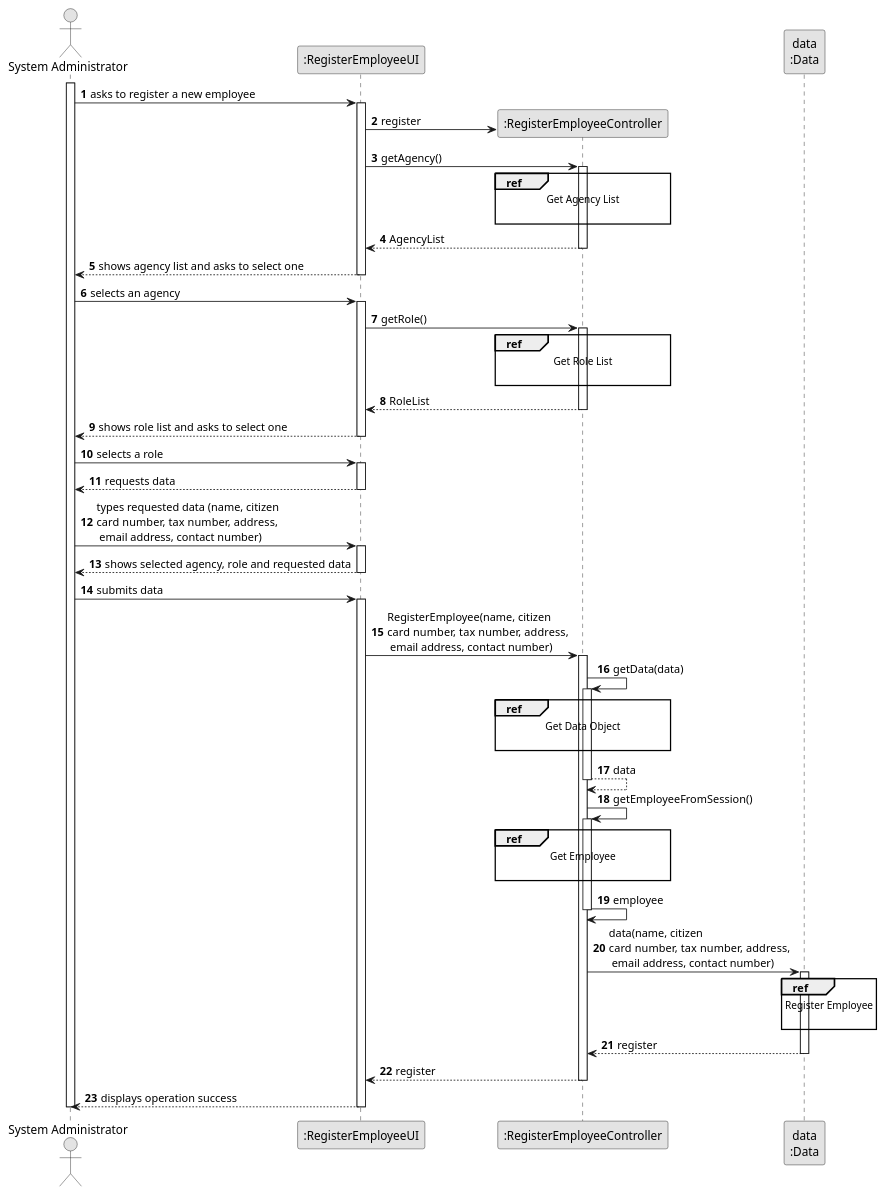
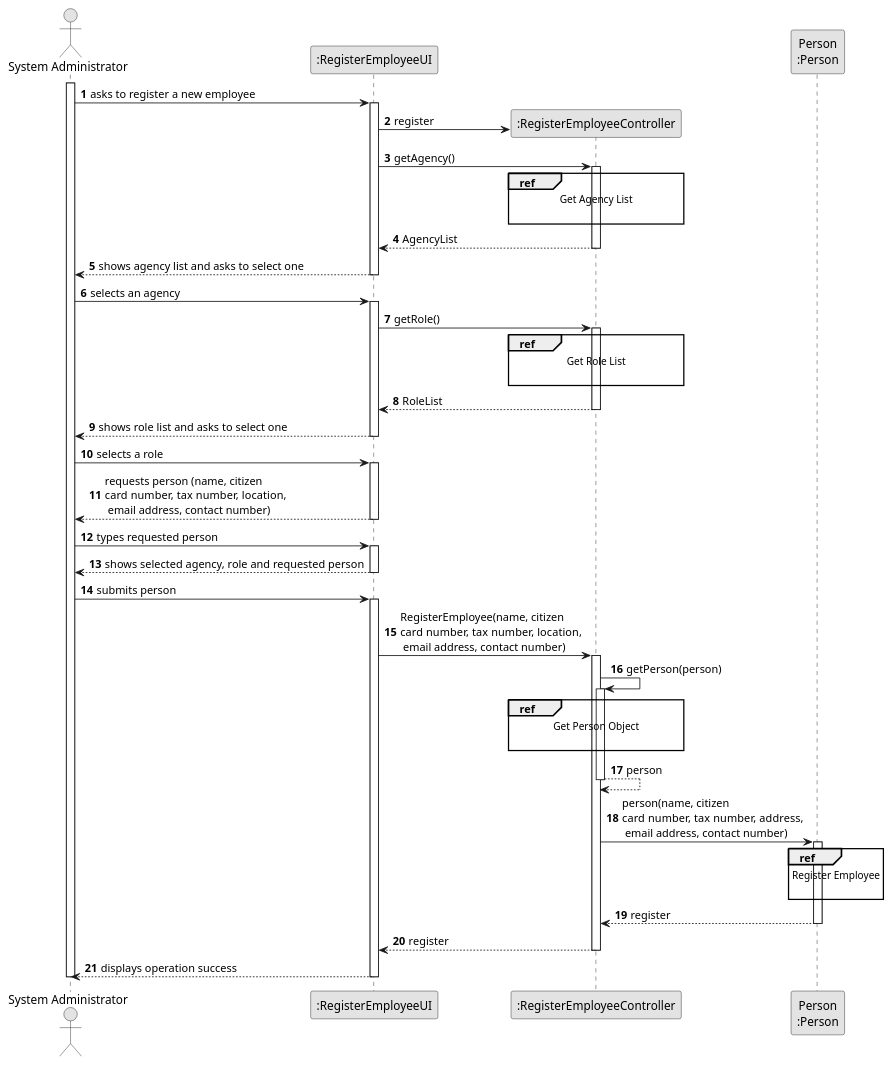
The diagram in docs/sprintB/us003/03.design/puml/us003-sequence-diagram-split.puml (rita-barbosa/LAPR2-2223), drawn with PlantUML before and after one commit. The commit also changed 1 other file, not shown here.

```diff
--- a/docs/sprintB/us003/03.design/puml/us003-sequence-diagram-split.puml
+++ b/docs/sprintB/us003/03.design/puml/us003-sequence-diagram-split.puml
@@ -1,109 +1,100 @@
 @startuml
 skinparam monochrome true
 skinparam packageStyle rectangle
 skinparam shadowing false
 
 autonumber
 
 'hide footbox
 actor "System Administrator" as ADM
 participant ":RegisterEmployeeUI" as UI
 participant ":RegisterEmployeeController" as CTRL
-participant "data\n:Data" as DATA
+participant "Person\n:Person" as PERSON
 
 activate ADM
 
     ADM -> UI : asks to register a new employee
 
     activate UI
 
         UI -> CTRL** : register
         UI -> CTRL : getAgency()
         ref over CTRL
             Get Agency List
 
         end ref
 
         activate CTRL
 
             CTRL --> UI : AgencyList
         deactivate CTRL
 
         UI --> ADM : shows agency list and asks to select one
     deactivate UI
 
     ADM -> UI : selects an agency
     activate UI
 
     UI -> CTRL : getRole()
             ref over CTRL
                 Get Role List
 
             end ref
 
             activate CTRL
 
                 CTRL --> UI : RoleList
             deactivate CTRL
 
             UI --> ADM : shows role list and asks to select one
         deactivate UI
 
         ADM -> UI : selects a role
         activate UI
 
-        UI --> ADM : requests data
+        UI --> ADM : requests person (name, citizen \ncard number, tax number, location,\n email address, contact number)
     deactivate UI
 
-    ADM -> UI : types requested data (name, citizen \ncard number, tax number, address,\n email address, contact number)
+    ADM -> UI : types requested person
         activate UI
 
-            UI --> ADM : shows selected agency, role and requested data
+            UI --> ADM : shows selected agency, role and requested person
         deactivate UI
 
-        ADM -> UI : submits data
+        ADM -> UI : submits person
         activate UI
 
-        UI -> CTRL : RegisterEmployee(name, citizen \ncard number, tax number, address,\n email address, contact number)
+        UI -> CTRL : RegisterEmployee(name, citizen \ncard number, tax number, location,\n email address, contact number)
         activate CTRL
 
-            CTRL -> CTRL : getData(data)
+            CTRL -> CTRL : getPerson(person)
             activate CTRL
 
                 ref over CTRL
-                    Get Data Object
+                    Get Person Object
 
                 end ref
 
-                CTRL --> CTRL : data
+                CTRL --> CTRL : person
             deactivate CTRL
 
-            CTRL -> CTRL : getEmployeeFromSession()
-            activate CTRL
 
-                ref over CTRL
-                    Get Employee
+            CTRL -> PERSON: person(name, citizen \ncard number, tax number, address,\n email address, contact number)
+            activate PERSON
 
-                end ref
-                CTRL -> CTRL : employee
-            deactivate CTRL
-
-            CTRL -> DATA: data(name, citizen \ncard number, tax number, address,\n email address, contact number)
-            activate DATA
-
-                ref over DATA
+                ref over PERSON
                     Register Employee
 
                 end
 
-                DATA --> CTRL : register
-            deactivate DATA
+                PERSON --> CTRL : register
+            deactivate PERSON
 
             CTRL --> UI: register
             deactivate CTRL
             UI --> ADM: displays operation success
     deactivate UI
 
 deactivate ADM
 
 @enduml
```
